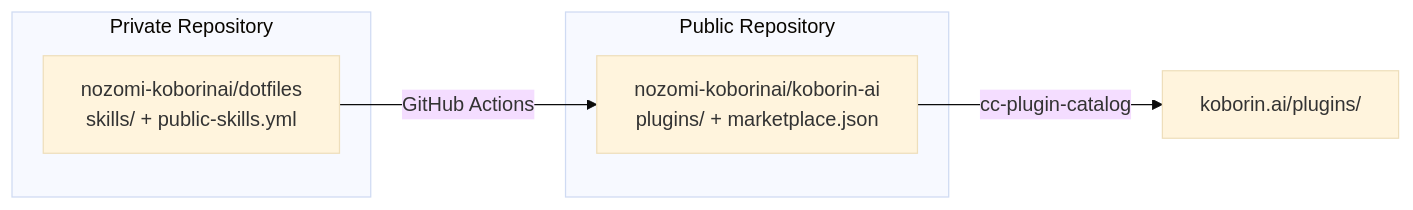
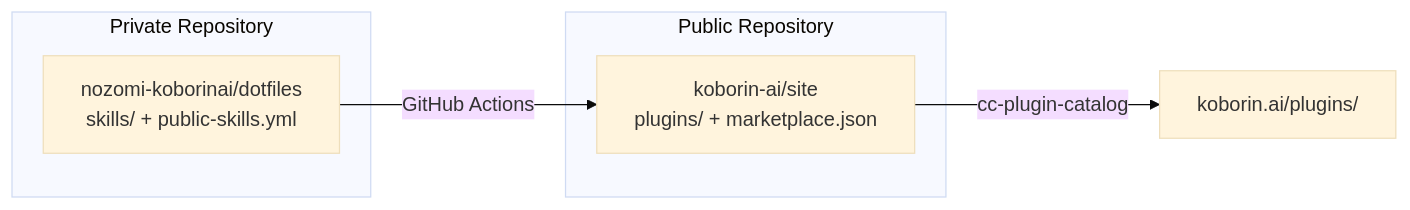
Before and after one commit to koborin-ai/site: the diagram in app/src/content/docs/tech/plugin-marketplace.mdx, drawn with Mermaid (base theme). The commit also changed other lines of this file and 13 other files, not shown here.

First line of the commit message:
refactor: rename repo path to koborin-ai/site with OR-conditioned WIF (#117)

````diff
--- a/app/src/content/docs/tech/plugin-marketplace.mdx
+++ b/app/src/content/docs/tech/plugin-marketplace.mdx
@@ -72,11 +72,11 @@
 ```mermaid
 flowchart LR
     subgraph PRIVATE["Private Repository"]
         DOTFILES["nozomi-koborinai/dotfiles\nskills/ + public-skills.yml"]
     end
     subgraph PUBLIC["Public Repository"]
-        KOBORINAI["nozomi-koborinai/koborin-ai\nplugins/ + marketplace.json"]
+        KOBORINAI["koborin-ai/site\nplugins/ + marketplace.json"]
     end
     DOTFILES -->|GitHub Actions| KOBORINAI
     KOBORINAI -->|cc-plugin-catalog| SITE["koborin.ai/plugins/"]
 ```
````
